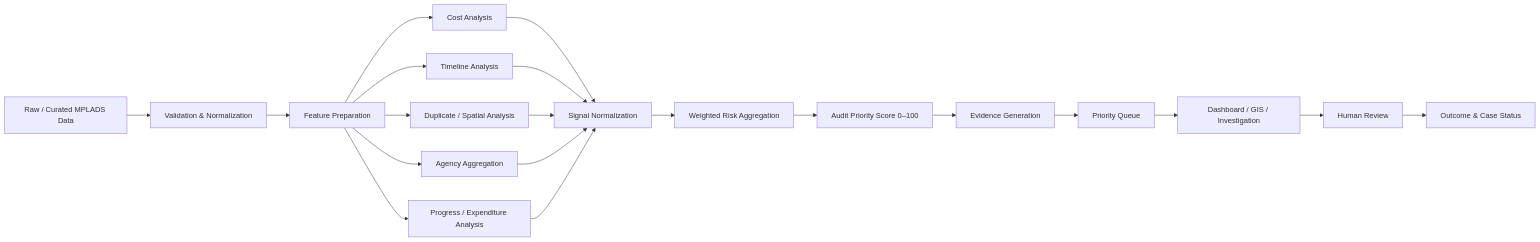
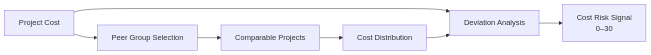
Before and after one commit to the-nidhi-bhat/mplads-sentinel: the third of 32 diagrams in README.md, drawn with Mermaid. The commit also changed other lines of this file, not shown here.

````diff
--- a/README.md
+++ b/README.md
@@ -628,34 +197,16 @@
 ```mermaid
 flowchart LR
 
-    A["Raw / Curated MPLADS Data"]
-    --> B["Validation & Normalization"]
+    A["Project Cost"]
+    --> B["Peer Group Selection"]
 
-    B --> C["Feature Preparation"]
+    B --> C["Comparable Projects"]
 
-    C --> D1["Cost Analysis"]
-    C --> D2["Timeline Analysis"]
-    C --> D3["Duplicate / Spatial Analysis"]
-    C --> D4["Agency Aggregation"]
-    C --> D5["Progress / Expenditure Analysis"]
+    C --> D["Cost Distribution"]
 
-    D1 --> E["Signal Normalization"]
-    D2 --> E
-    D3 --> E
-    D4 --> E
-    D5 --> E
+    A --> E["Deviation Analysis"]
 
-    E --> F["Weighted Risk Aggregation"]
+    D --> E
 
-    F --> G["Audit Priority Score 0–100"]
-
-    G --> H["Evidence Generation"]
-
-    H --> I["Priority Queue"]
-
-    I --> J["Dashboard / GIS / Investigation"]
-
-    J --> K["Human Review"]
-
-    K --> L["Outcome & Case Status"]
+    E --> F["Cost Risk Signal<br/>0–30"]
 ```
````
